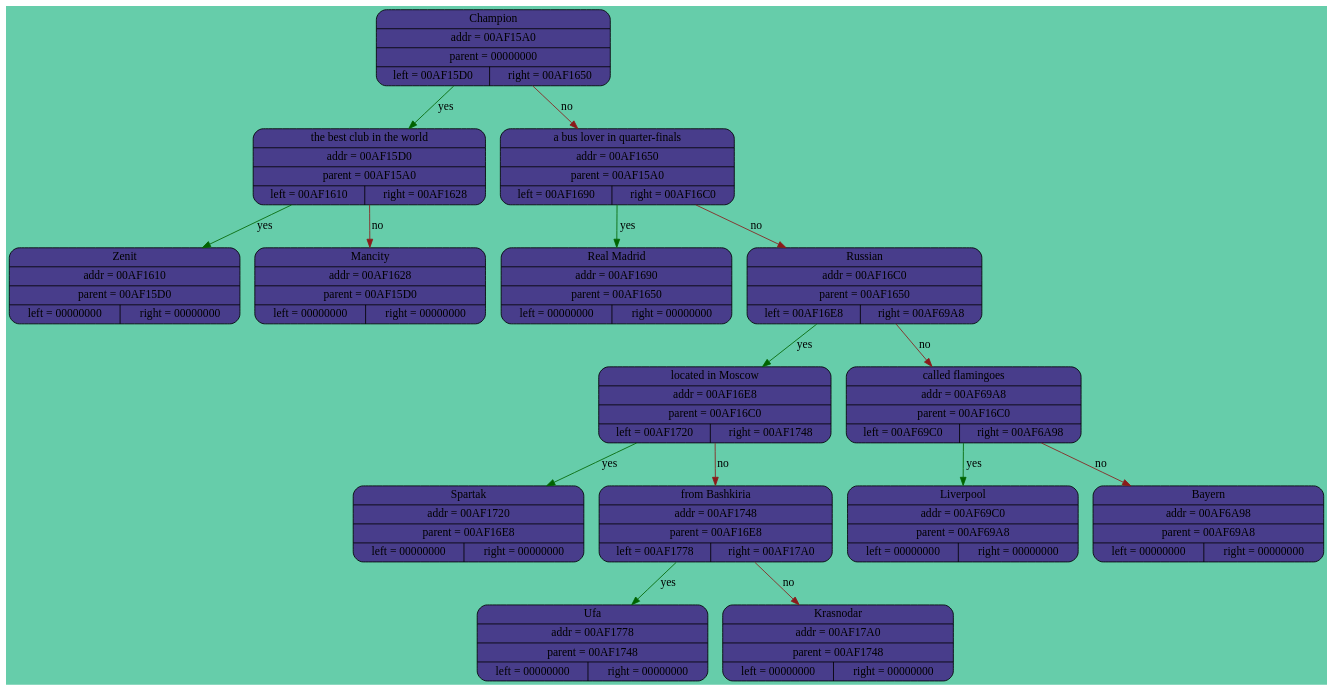
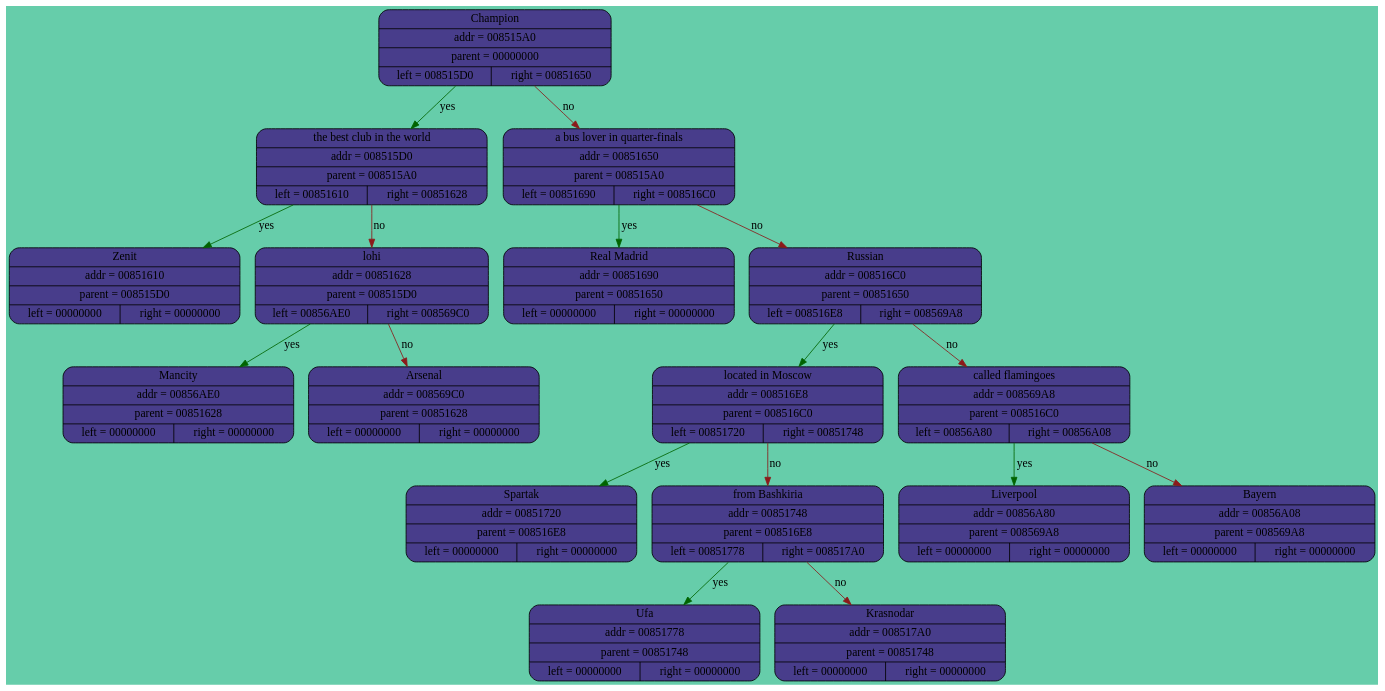
The diagram in Dump.dot (maachs/Akinator), drawn with Graphviz before and after one commit. The commit also changed 7 other files, not shown here.

```diff
--- a/Dump.dot
+++ b/Dump.dot
@@ -1,41 +1,46 @@
 digraph G
 {
  rankdir = UD
 bgcolor = "aquamarine3"
-"Champion" [shape = Mrecord, style = "filled", fillcolor = "darkslateblue", label = "{Champion | addr = 00AF15A0 | parent = 00000000 | {left = 00AF15D0 | right = 00AF1650}}"];
-"the best club in the world" [shape = Mrecord, style = "filled", fillcolor = "darkslateblue", label = "{the best club in the world | addr = 00AF15D0 | parent = 00AF15A0 | {left = 00AF1610 | right = 00AF1628}}"];
-"Zenit" [shape = Mrecord, style = "filled", fillcolor = "darkslateblue", label = "{Zenit | addr = 00AF1610 | parent = 00AF15D0 | {left = 00000000 | right = 00000000}}"];
+"Champion" [shape = Mrecord, style = "filled", fillcolor = "darkslateblue", label = "{Champion | addr = 008515A0 | parent = 00000000 | {left = 008515D0 | right = 00851650}}"];
+"the best club in the world" [shape = Mrecord, style = "filled", fillcolor = "darkslateblue", label = "{the best club in the world | addr = 008515D0 | parent = 008515A0 | {left = 00851610 | right = 00851628}}"];
+"Zenit" [shape = Mrecord, style = "filled", fillcolor = "darkslateblue", label = "{Zenit | addr = 00851610 | parent = 008515D0 | {left = 00000000 | right = 00000000}}"];
  edge[color = "darkgreen", label = "yes"];
-"the best club in the world" -> "Zenit";"Mancity" [shape = Mrecord, style = "filled", fillcolor = "darkslateblue", label = "{Mancity | addr = 00AF1628 | parent = 00AF15D0 | {left = 00000000 | right = 00000000}}"];
+"the best club in the world" -> "Zenit";"lohi" [shape = Mrecord, style = "filled", fillcolor = "darkslateblue", label = "{lohi | addr = 00851628 | parent = 008515D0 | {left = 00856AE0 | right = 008569C0}}"];
+"Mancity" [shape = Mrecord, style = "filled", fillcolor = "darkslateblue", label = "{Mancity | addr = 00856AE0 | parent = 00851628 | {left = 00000000 | right = 00000000}}"];
+ edge[color = "darkgreen", label = "yes"];
+"lohi" -> "Mancity";"Arsenal" [shape = Mrecord, style = "filled", fillcolor = "darkslateblue", label = "{Arsenal | addr = 008569C0 | parent = 00851628 | {left = 00000000 | right = 00000000}}"];
  edge[color = "firebrick4", label = "no"];
-"the best club in the world" -> "Mancity";
+"lohi" -> "Arsenal";
+ edge[color = "firebrick4", label = "no"];
+"the best club in the world" -> "lohi";
  edge[color = "darkgreen", label = "yes"];
-"Champion" -> "the best club in the world";"a bus lover in quarter-finals" [shape = Mrecord, style = "filled", fillcolor = "darkslateblue", label = "{a bus lover in quarter-finals | addr = 00AF1650 | parent = 00AF15A0 | {left = 00AF1690 | right = 00AF16C0}}"];
-"Real Madrid" [shape = Mrecord, style = "filled", fillcolor = "darkslateblue", label = "{Real Madrid | addr = 00AF1690 | parent = 00AF1650 | {left = 00000000 | right = 00000000}}"];
+"Champion" -> "the best club in the world";"a bus lover in quarter-finals" [shape = Mrecord, style = "filled", fillcolor = "darkslateblue", label = "{a bus lover in quarter-finals | addr = 00851650 | parent = 008515A0 | {left = 00851690 | right = 008516C0}}"];
+"Real Madrid" [shape = Mrecord, style = "filled", fillcolor = "darkslateblue", label = "{Real Madrid | addr = 00851690 | parent = 00851650 | {left = 00000000 | right = 00000000}}"];
  edge[color = "darkgreen", label = "yes"];
-"a bus lover in quarter-finals" -> "Real Madrid";"Russian" [shape = Mrecord, style = "filled", fillcolor = "darkslateblue", label = "{Russian | addr = 00AF16C0 | parent = 00AF1650 | {left = 00AF16E8 | right = 00AF69A8}}"];
-"located in Moscow" [shape = Mrecord, style = "filled", fillcolor = "darkslateblue", label = "{located in Moscow | addr = 00AF16E8 | parent = 00AF16C0 | {left = 00AF1720 | right = 00AF1748}}"];
-"Spartak" [shape = Mrecord, style = "filled", fillcolor = "darkslateblue", label = "{Spartak | addr = 00AF1720 | parent = 00AF16E8 | {left = 00000000 | right = 00000000}}"];
+"a bus lover in quarter-finals" -> "Real Madrid";"Russian" [shape = Mrecord, style = "filled", fillcolor = "darkslateblue", label = "{Russian | addr = 008516C0 | parent = 00851650 | {left = 008516E8 | right = 008569A8}}"];
+"located in Moscow" [shape = Mrecord, style = "filled", fillcolor = "darkslateblue", label = "{located in Moscow | addr = 008516E8 | parent = 008516C0 | {left = 00851720 | right = 00851748}}"];
+"Spartak" [shape = Mrecord, style = "filled", fillcolor = "darkslateblue", label = "{Spartak | addr = 00851720 | parent = 008516E8 | {left = 00000000 | right = 00000000}}"];
  edge[color = "darkgreen", label = "yes"];
-"located in Moscow" -> "Spartak";"from Bashkiria" [shape = Mrecord, style = "filled", fillcolor = "darkslateblue", label = "{from Bashkiria | addr = 00AF1748 | parent = 00AF16E8 | {left = 00AF1778 | right = 00AF17A0}}"];
-"Ufa" [shape = Mrecord, style = "filled", fillcolor = "darkslateblue", label = "{Ufa | addr = 00AF1778 | parent = 00AF1748 | {left = 00000000 | right = 00000000}}"];
+"located in Moscow" -> "Spartak";"from Bashkiria" [shape = Mrecord, style = "filled", fillcolor = "darkslateblue", label = "{from Bashkiria | addr = 00851748 | parent = 008516E8 | {left = 00851778 | right = 008517A0}}"];
+"Ufa" [shape = Mrecord, style = "filled", fillcolor = "darkslateblue", label = "{Ufa | addr = 00851778 | parent = 00851748 | {left = 00000000 | right = 00000000}}"];
  edge[color = "darkgreen", label = "yes"];
-"from Bashkiria" -> "Ufa";"Krasnodar" [shape = Mrecord, style = "filled", fillcolor = "darkslateblue", label = "{Krasnodar | addr = 00AF17A0 | parent = 00AF1748 | {left = 00000000 | right = 00000000}}"];
+"from Bashkiria" -> "Ufa";"Krasnodar" [shape = Mrecord, style = "filled", fillcolor = "darkslateblue", label = "{Krasnodar | addr = 008517A0 | parent = 00851748 | {left = 00000000 | right = 00000000}}"];
  edge[color = "firebrick4", label = "no"];
 "from Bashkiria" -> "Krasnodar";
  edge[color = "firebrick4", label = "no"];
 "located in Moscow" -> "from Bashkiria";
  edge[color = "darkgreen", label = "yes"];
-"Russian" -> "located in Moscow";"called flamingoes" [shape = Mrecord, style = "filled", fillcolor = "darkslateblue", label = "{called flamingoes | addr = 00AF69A8 | parent = 00AF16C0 | {left = 00AF69C0 | right = 00AF6A98}}"];
-"Liverpool" [shape = Mrecord, style = "filled", fillcolor = "darkslateblue", label = "{Liverpool | addr = 00AF69C0 | parent = 00AF69A8 | {left = 00000000 | right = 00000000}}"];
+"Russian" -> "located in Moscow";"called flamingoes" [shape = Mrecord, style = "filled", fillcolor = "darkslateblue", label = "{called flamingoes | addr = 008569A8 | parent = 008516C0 | {left = 00856A80 | right = 00856A08}}"];
+"Liverpool" [shape = Mrecord, style = "filled", fillcolor = "darkslateblue", label = "{Liverpool | addr = 00856A80 | parent = 008569A8 | {left = 00000000 | right = 00000000}}"];
  edge[color = "darkgreen", label = "yes"];
-"called flamingoes" -> "Liverpool";"Bayern" [shape = Mrecord, style = "filled", fillcolor = "darkslateblue", label = "{Bayern | addr = 00AF6A98 | parent = 00AF69A8 | {left = 00000000 | right = 00000000}}"];
+"called flamingoes" -> "Liverpool";"Bayern" [shape = Mrecord, style = "filled", fillcolor = "darkslateblue", label = "{Bayern | addr = 00856A08 | parent = 008569A8 | {left = 00000000 | right = 00000000}}"];
  edge[color = "firebrick4", label = "no"];
 "called flamingoes" -> "Bayern";
  edge[color = "firebrick4", label = "no"];
 "Russian" -> "called flamingoes";
  edge[color = "firebrick4", label = "no"];
 "a bus lover in quarter-finals" -> "Russian";
  edge[color = "firebrick4", label = "no"];
 "Champion" -> "a bus lover in quarter-finals";
 }
```
